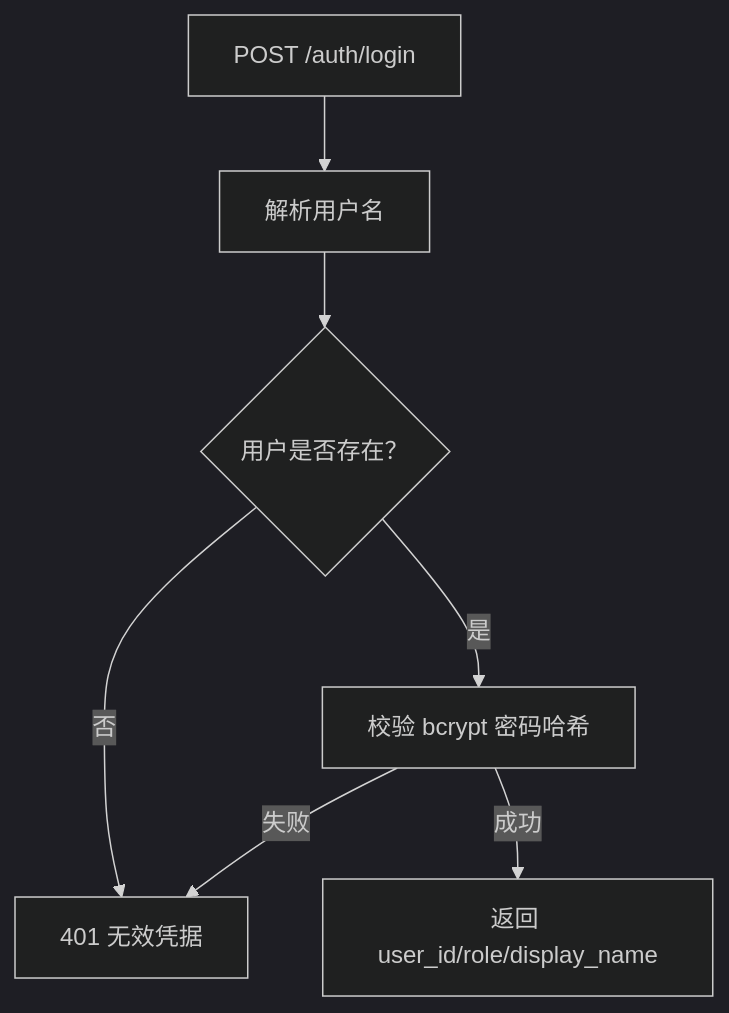
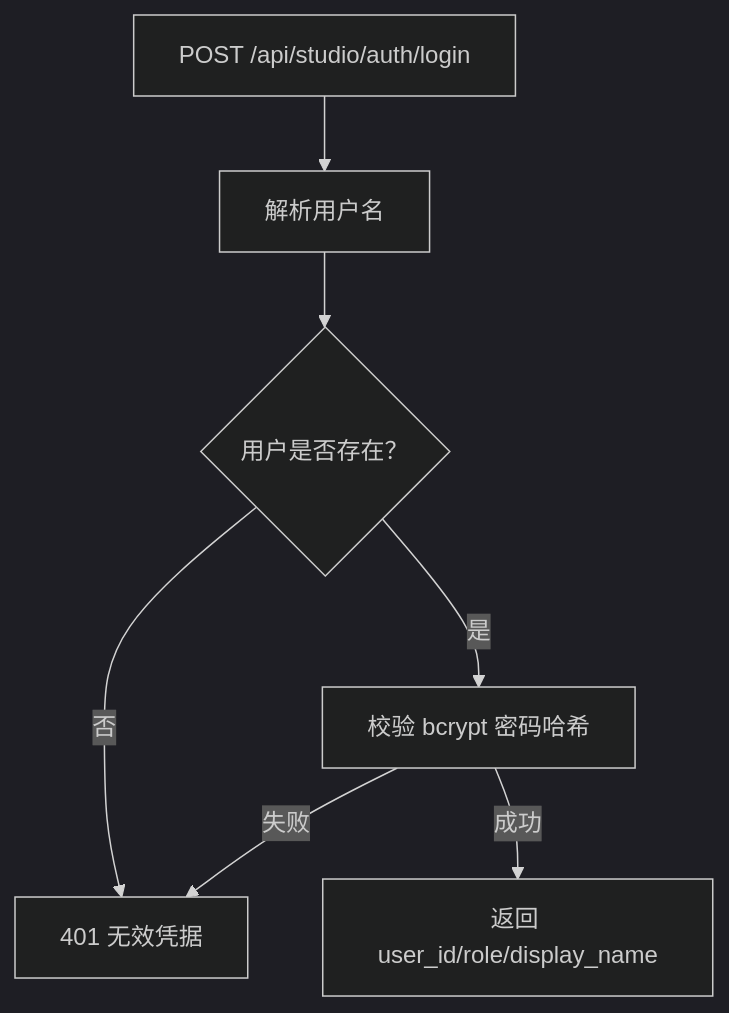
The ninth of 15 diagrams in repowiki/zh/content/API 接口文档/API 接口文档.md (YU-JI-KUI/ark-agentic), drawn with Mermaid (dark theme) before and after one commit. The commit also changed other lines of this file and 116 other files, not shown here.

````diff
--- a/repowiki/zh/content/API 接口文档/API 接口文档.md
+++ b/repowiki/zh/content/API 接口文档/API 接口文档.md
@@ -358,9 +372,9 @@
 ```mermaid
 flowchart TD
-A["POST /auth/login"] --> B["解析用户名"]
+A["POST /api/studio/auth/login"] --> B["解析用户名"]
 B --> C{"用户是否存在？"}
 C --> |否| D["401 无效凭据"]
 C --> |是| E["校验 bcrypt 密码哈希"]
 E --> |失败| D
 E --> |成功| F["返回 user_id/role/display_name"]
 ```
````
